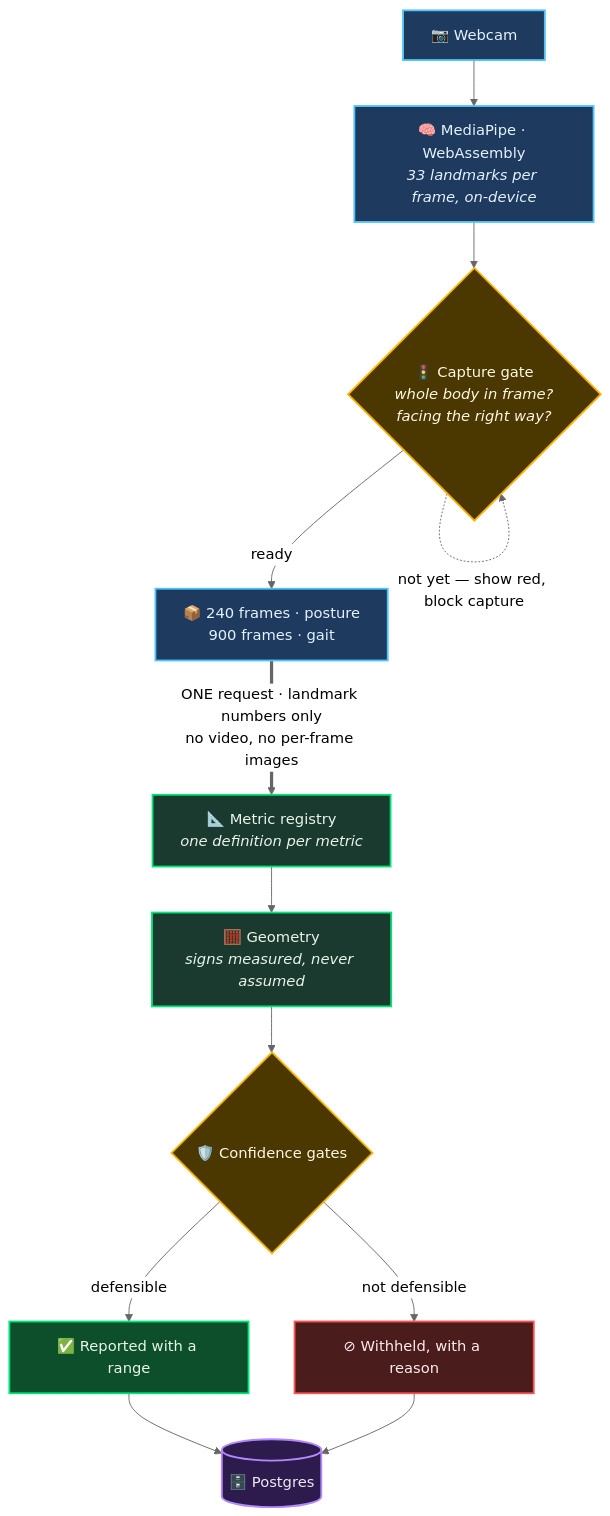
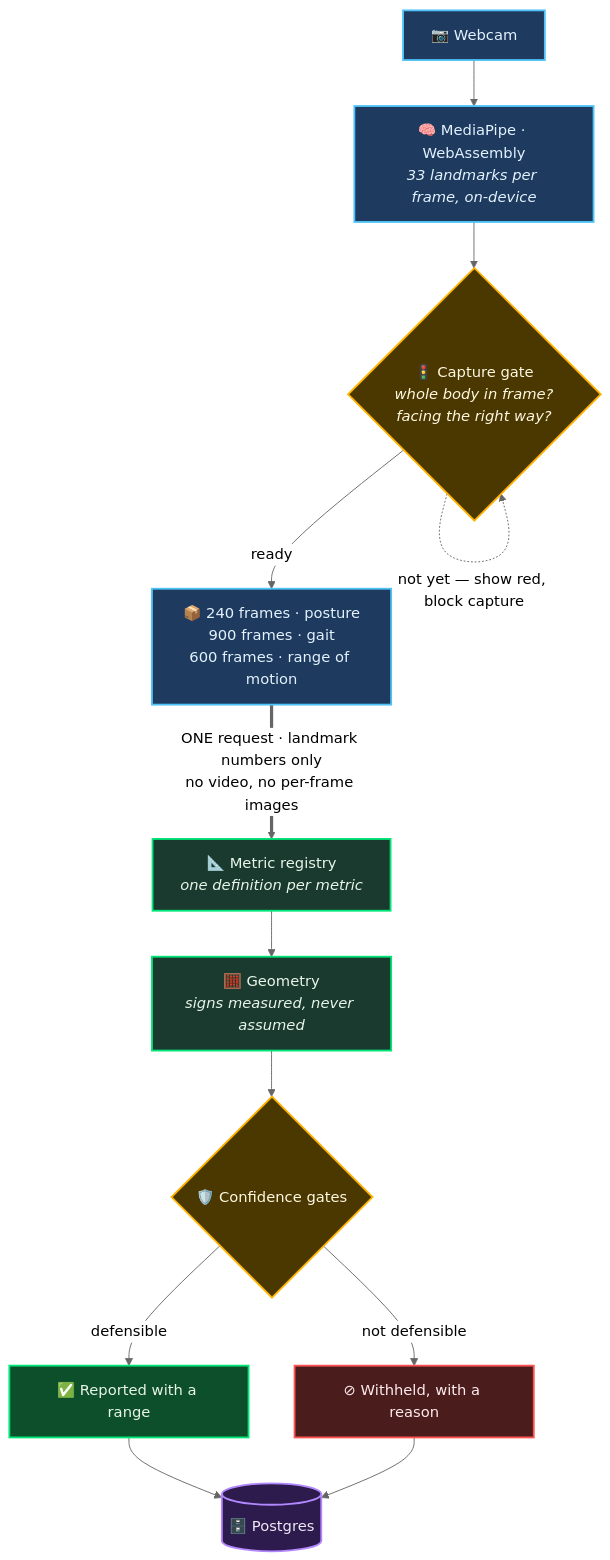
Before and after one commit to stardust08/Kinetiq: the diagram in Readme.md, drawn with Mermaid (neutral theme). The commit also changed other lines of this file and 83 other files, not shown here.

````diff
--- a/Readme.md
+++ b/Readme.md
@@ -56,28 +57,28 @@
 ```mermaid
 flowchart TB
     A["📷 Webcam"] --> B["🧠 MediaPipe · WebAssembly<br/><i>33 landmarks per frame, on-device</i>"]
     B --> C{"🚦 Capture gate<br/><i>whole body in frame?</i><br/><i>facing the right way?</i>"}
     C -. "not yet — show red, block capture" .-> C
-    C -- "ready" --> D["📦 240 frames · posture<br/>900 frames · gait"]
+    C -- "ready" --> D["📦 240 frames · posture<br/>900 frames · gait<br/>600 frames · range of motion"]
     D == "ONE request · landmark numbers only<br/>no video, no per-frame images" ==> E
     E["📐 Metric registry<br/><i>one definition per metric</i>"] --> F["🧮 Geometry<br/><i>signs measured, never assumed</i>"]
     F --> G{"🛡️ Confidence gates"}
     G -- "defensible" --> H["✅ Reported with a range"]
     G -- "not defensible" --> I["⊘ Withheld, with a reason"]
     H --> J[("🗄️ Postgres")]
     I --> J
 
     classDef browser fill:#1e3a5f,stroke:#4FC3F7,stroke-width:2px,color:#E3F2FD
     classDef gate fill:#4a3800,stroke:#FFB300,stroke-width:2px,color:#FFF8E1
     classDef server fill:#1b3a2f,stroke:#00E676,stroke-width:2px,color:#E8F5E9
     classDef good fill:#0d4f2b,stroke:#00E676,stroke-width:2px,color:#E8F5E9
     classDef held fill:#4a1c1c,stroke:#FF5252,stroke-width:2px,color:#FFEBEE
     classDef db fill:#2d1b4e,stroke:#B388FF,stroke-width:2px,color:#EDE7F6
 
     class A,B,D browser
     class C,G gate
     class E,F server
     class H good
     class I held
     class J db
 ```
````
